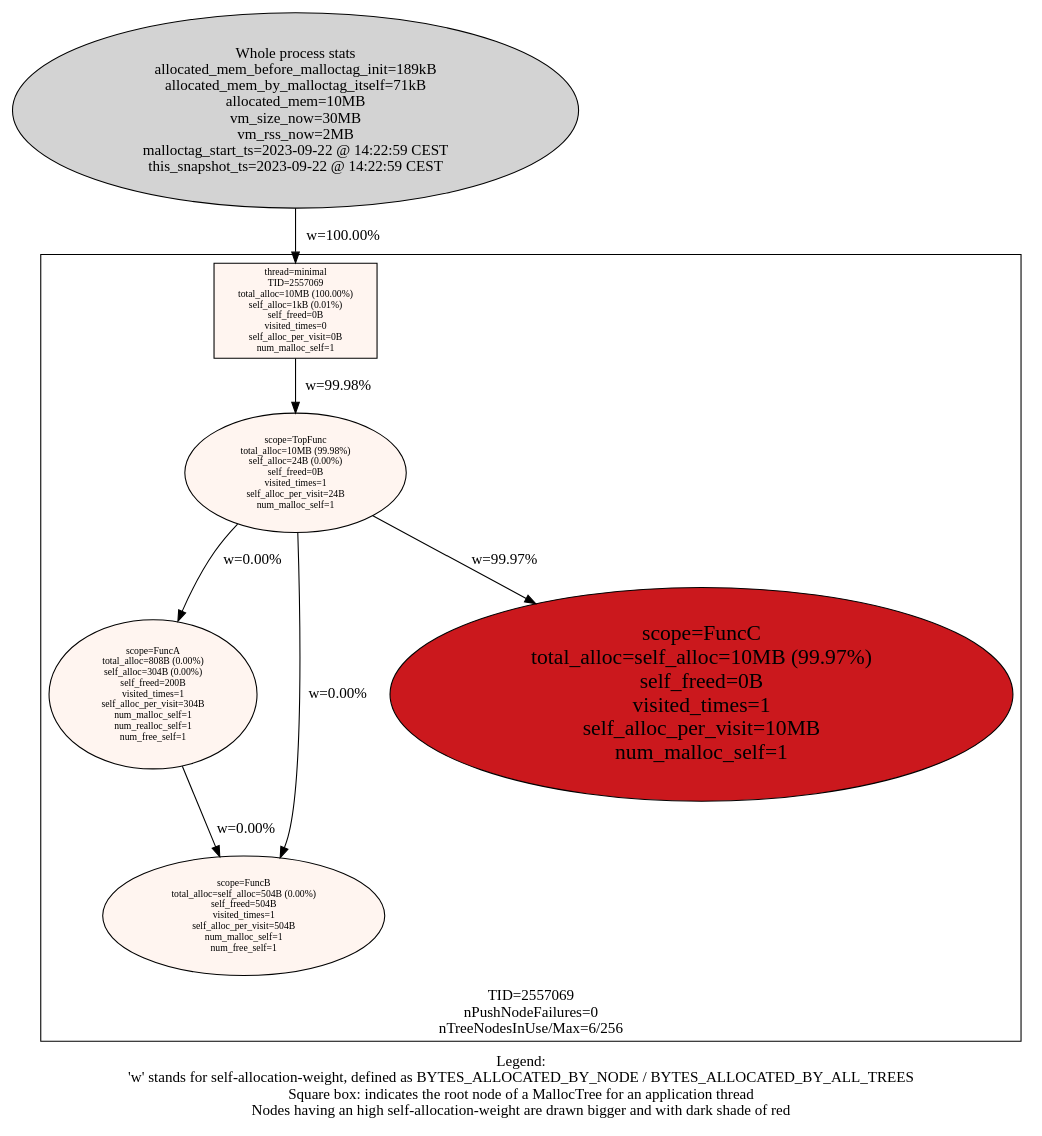
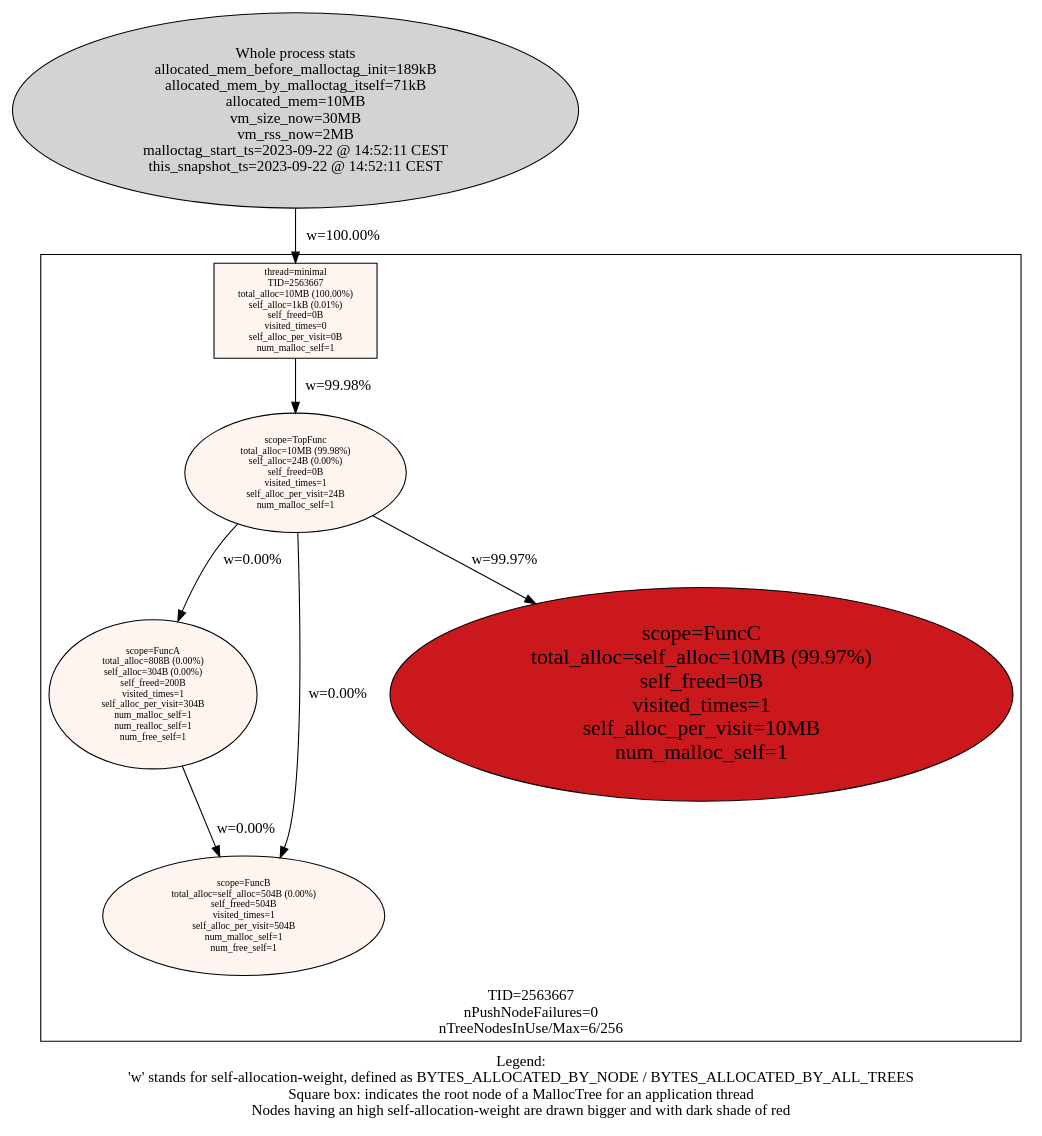
One commit to f18m/malloc-tag changed the diagram in examples/minimal/minimal_stats.dot. Above: the diagram before and after it, drawn with Graphviz. The commit also changed 10 other files, not shown here.

```diff
--- a/examples/minimal/minimal_stats.dot
+++ b/examples/minimal/minimal_stats.dot
@@ -1,31 +1,31 @@
 digraph AllMallocTrees {
  node [colorscheme=reds9 style=filled]
-  "Process 2557069" [label="Whole process stats\nallocated_mem_before_malloctag_init=189kB\nallocated_mem_by_malloctag_itself=71kB\nallocated_mem=10MB\nvm_size_now=30MB\nvm_rss_now=2MB\nmalloctag_start_ts=2023-09-22 @ 14:22:59 CEST\nthis_snapshot_ts=2023-09-22 @ 14:22:59 CEST\n"
+  "Process 2563667" [label="Whole process stats\nallocated_mem_before_malloctag_init=189kB\nallocated_mem_by_malloctag_itself=71kB\nallocated_mem=10MB\nvm_size_now=30MB\nvm_rss_now=2MB\nmalloctag_start_ts=2023-09-22 @ 14:52:11 CEST\nthis_snapshot_ts=2023-09-22 @ 14:52:11 CEST\n"
 ]
- subgraph cluster_TID2557069 {
+ subgraph cluster_TID2563667 {
   node [colorscheme=reds9 style=filled]
   labelloc="b"
-  label="TID=2557069\nnPushNodeFailures=0\nnTreeNodesInUse/Max=6/256\n"
-  "2557069_minimal" [label="thread=minimal\nTID=2557069\ntotal_alloc=10MB (100.00%)\nself_alloc=1kB (0.01%)\nself_freed=0B\nvisited_times=0\nself_alloc_per_visit=0B\nnum_malloc_self=1\n"
+  label="TID=2563667\nnPushNodeFailures=0\nnTreeNodesInUse/Max=6/256\n"
+  "2563667_minimal" [label="thread=minimal\nTID=2563667\ntotal_alloc=10MB (100.00%)\nself_alloc=1kB (0.01%)\nself_freed=0B\nvisited_times=0\nself_alloc_per_visit=0B\nnum_malloc_self=1\n"
  shape=box fillcolor=1 fontsize=9]
-  "2557069_minimal" -> "2557069_TopFunc" [label="w=99.98%"]
-  "2557069_TopFunc" [label="scope=TopFunc\ntotal_alloc=10MB (99.98%)\nself_alloc=24B (0.00%)\nself_freed=0B\nvisited_times=1\nself_alloc_per_visit=24B\nnum_malloc_self=1\n"
+  "2563667_minimal" -> "2563667_TopFunc" [label="w=99.98%"]
+  "2563667_TopFunc" [label="scope=TopFunc\ntotal_alloc=10MB (99.98%)\nself_alloc=24B (0.00%)\nself_freed=0B\nvisited_times=1\nself_alloc_per_visit=24B\nnum_malloc_self=1\n"
  fillcolor=1 fontsize=9]
-  "2557069_TopFunc" -> "2557069_FuncA" [label="w=0.00%"]
-  "2557069_TopFunc" -> "2557069_FuncB" [label="w=0.00%"]
-  "2557069_TopFunc" -> "2557069_FuncC" [label="w=99.97%"]
-  "2557069_FuncA" [label="scope=FuncA\ntotal_alloc=808B (0.00%)\nself_alloc=304B (0.00%)\nself_freed=200B\nvisited_times=1\nself_alloc_per_visit=304B\nnum_malloc_self=1\nnum_realloc_self=1\nnum_free_self=1\n"
+  "2563667_TopFunc" -> "2563667_FuncA" [label="w=0.00%"]
+  "2563667_TopFunc" -> "2563667_FuncB" [label="w=0.00%"]
+  "2563667_TopFunc" -> "2563667_FuncC" [label="w=99.97%"]
+  "2563667_FuncA" [label="scope=FuncA\ntotal_alloc=808B (0.00%)\nself_alloc=304B (0.00%)\nself_freed=200B\nvisited_times=1\nself_alloc_per_visit=304B\nnum_malloc_self=1\nnum_realloc_self=1\nnum_free_self=1\n"
  fillcolor=1 fontsize=9]
-  "2557069_FuncA" -> "2557069_FuncB" [label="w=0.00%"]
-  "2557069_FuncB" [label="scope=FuncB\ntotal_alloc=self_alloc=504B (0.00%)\nself_freed=504B\nvisited_times=1\nself_alloc_per_visit=504B\nnum_malloc_self=1\nnum_free_self=1\n"
+  "2563667_FuncA" -> "2563667_FuncB" [label="w=0.00%"]
+  "2563667_FuncB" [label="scope=FuncB\ntotal_alloc=self_alloc=504B (0.00%)\nself_freed=504B\nvisited_times=1\nself_alloc_per_visit=504B\nnum_malloc_self=1\nnum_free_self=1\n"
  fillcolor=1 fontsize=9]
-  "2557069_FuncB" [label="scope=FuncB\ntotal_alloc=self_alloc=504B (0.00%)\nself_freed=504B\nvisited_times=1\nself_alloc_per_visit=504B\nnum_malloc_self=1\nnum_free_self=1\n"
+  "2563667_FuncB" [label="scope=FuncB\ntotal_alloc=self_alloc=504B (0.00%)\nself_freed=504B\nvisited_times=1\nself_alloc_per_visit=504B\nnum_malloc_self=1\nnum_free_self=1\n"
  fillcolor=1 fontsize=9]
-  "2557069_FuncC" [label="scope=FuncC\ntotal_alloc=self_alloc=10MB (99.97%)\nself_freed=0B\nvisited_times=1\nself_alloc_per_visit=10MB\nnum_malloc_self=1\n"
+  "2563667_FuncC" [label="scope=FuncC\ntotal_alloc=self_alloc=10MB (99.97%)\nself_freed=0B\nvisited_times=1\nself_alloc_per_visit=10MB\nnum_malloc_self=1\n"
  fillcolor=7 fontsize=20]
  }
 
-  "Process 2557069" -> "2557069_minimal" [label="w=100.00%"]
+  "Process 2563667" -> "2563667_minimal" [label="w=100.00%"]
  labelloc="b"
  label="Legend:\n'w' stands for self-allocation-weight, defined as BYTES_ALLOCATED_BY_NODE / BYTES_ALLOCATED_BY_ALL_TREES\nSquare box: indicates the root node of a MallocTree for an application thread\nNodes having an high self-allocation-weight are drawn bigger and with dark shade of red\n"
 }
```
